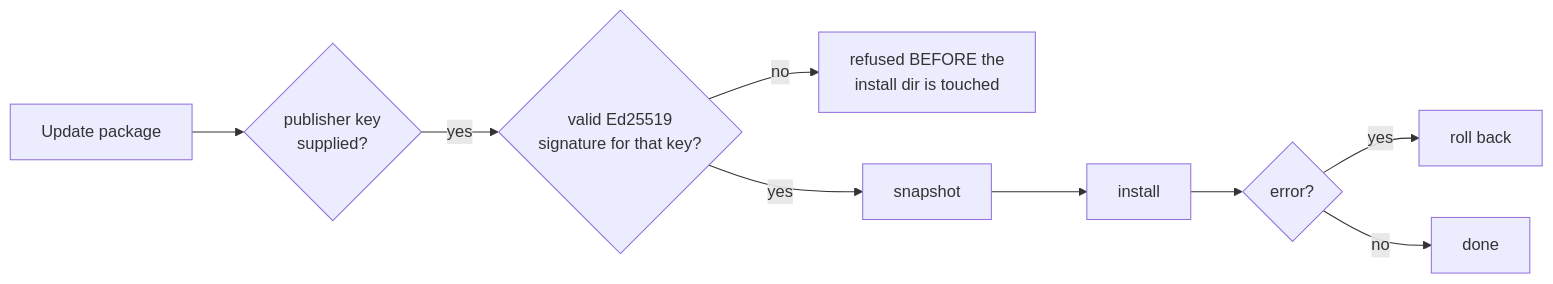
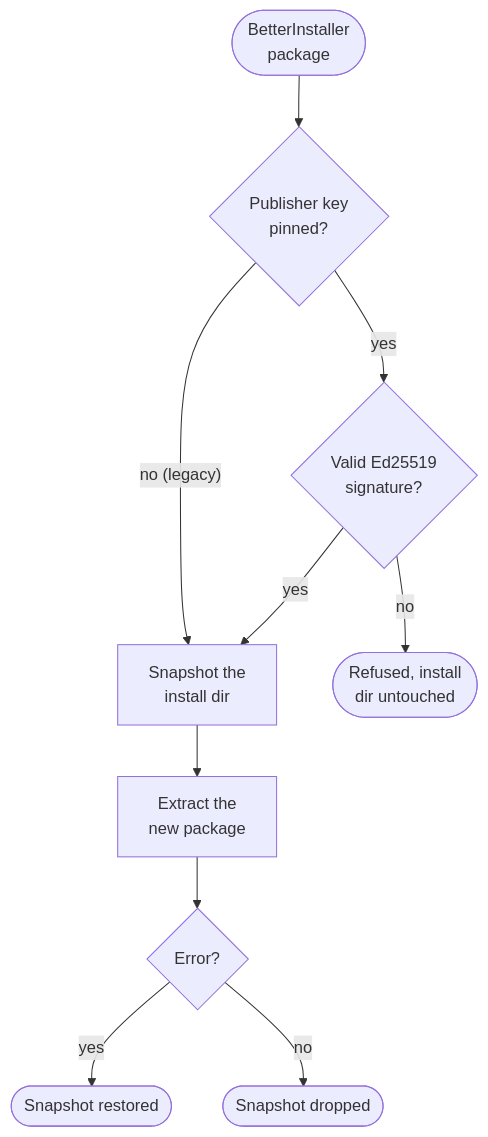
Before and after one commit to FreeProject089/BetterModsManager: the third of 3 diagrams in frontend/assets/docs/en/how-it-works/security.md, drawn with Mermaid. The commit also changed other lines of this file and 176 other files, not shown here.

````diff
--- a/frontend/assets/docs/en/how-it-works/security.md
+++ b/frontend/assets/docs/en/how-it-works/security.md
@@ -145,10 +148,12 @@
 ```mermaid
-flowchart LR
-    PKG["Update package"] --> KEY{"publisher key<br/>supplied?"}
-    KEY -- yes --> SIG{"valid Ed25519<br/>signature for that key?"}
-    SIG -- no --> REJ["refused BEFORE the<br/>install dir is touched"]
-    SIG -- yes --> SNAP["snapshot"] --> INST["install"]
-    INST --> ERR{"error?"}
-    ERR -- yes --> RB["roll back"]
-    ERR -- no --> OK["done"]
+flowchart TD
+    PKG(["BetterInstaller<br/>package"]) --> KEY{"Publisher key<br/>pinned?"}
+    KEY -- "yes" --> SIG{"Valid Ed25519<br/>signature?"}
+    KEY -- "no (legacy)" --> SNAP["Snapshot the<br/>install dir"]
+    SIG -- "no" --> REJ(["Refused, install<br/>dir untouched"])
+    SIG -- "yes" --> SNAP
+    SNAP --> INST["Extract the<br/>new package"]
+    INST --> ERR{"Error?"}
+    ERR -- "yes" --> RB(["Snapshot restored"])
+    ERR -- "no" --> OK(["Snapshot dropped"])
 ```
````
